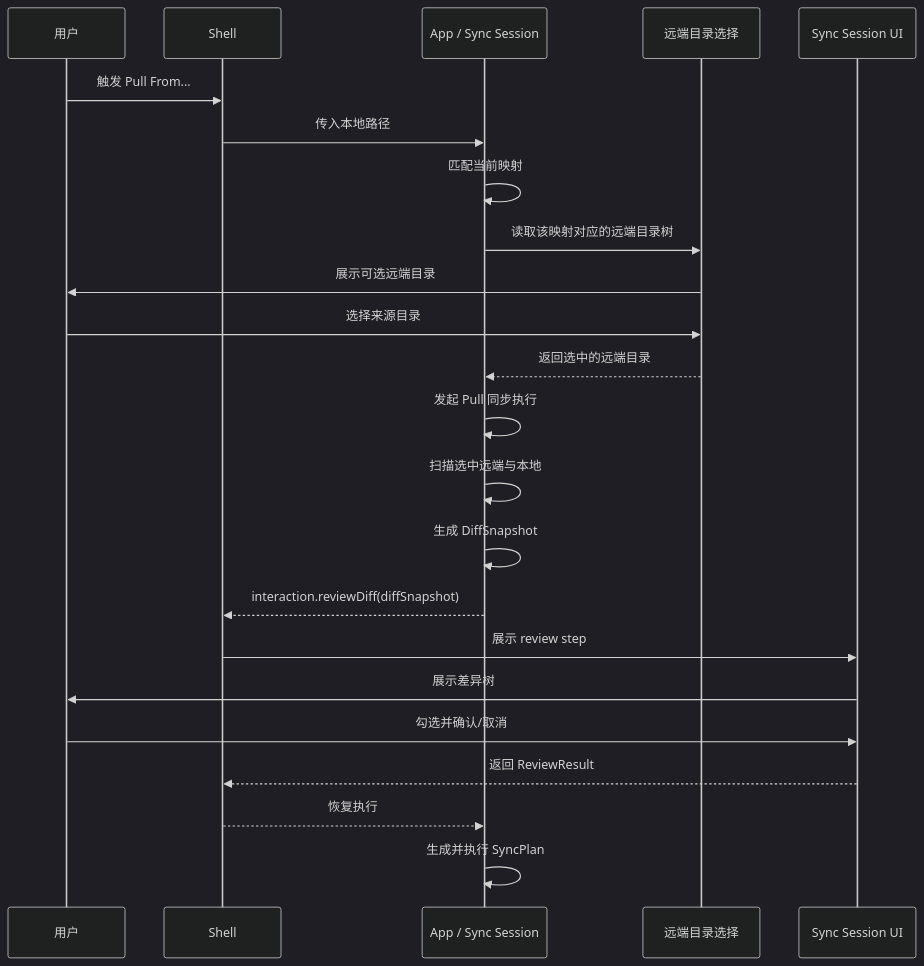
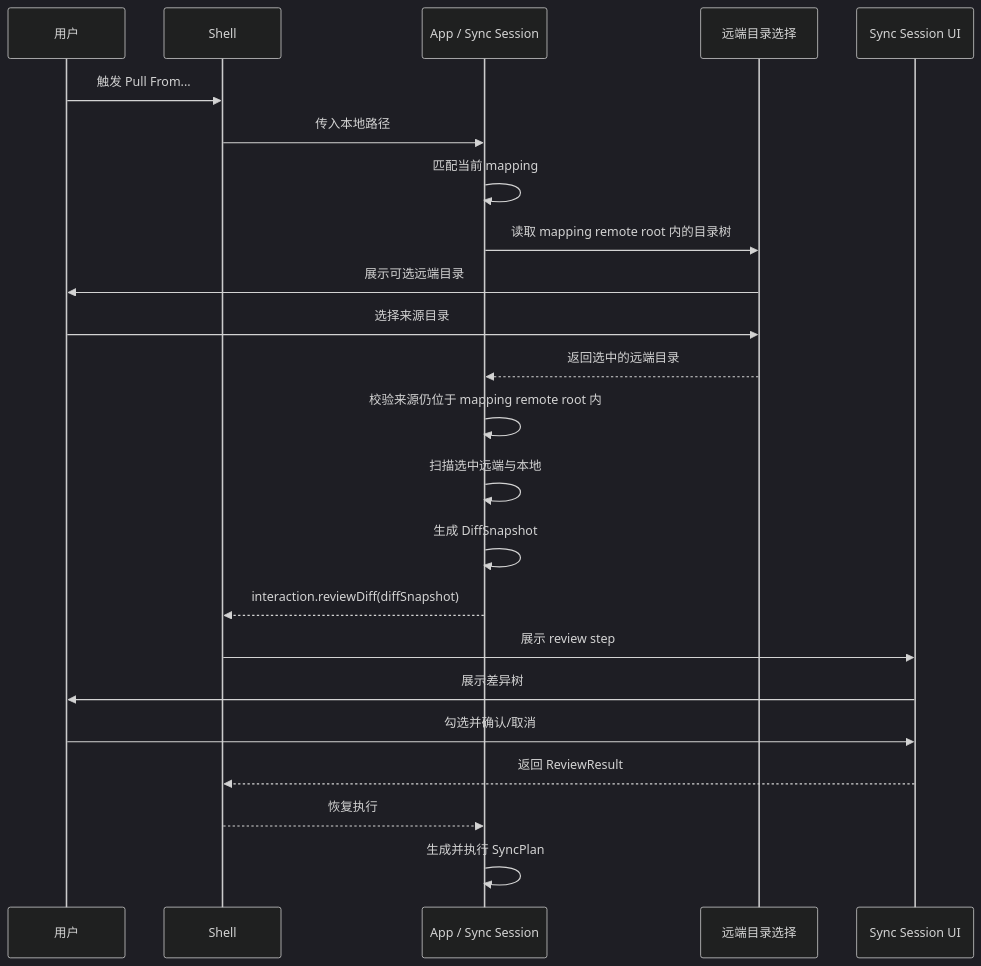
The seventh of 15 diagrams in docs/Flows.md (agalloch21/sync-with-rclone), drawn with Mermaid (dark theme) before and after one commit. The commit also changed other lines of this file and 10 other files, not shown here.

````diff
--- a/docs/Flows.md
+++ b/docs/Flows.md
@@ -177,26 +183,26 @@
 ```mermaid
 sequenceDiagram
   participant U as 用户
   participant S as Shell
   participant A as App / Sync Session
   participant T as 远端目录选择
   participant W as Sync Session UI
 
   U->>S: 触发 Pull From...
   S->>A: 传入本地路径
-  A->>A: 匹配当前映射
-  A->>T: 读取该映射对应的远端目录树
+  A->>A: 匹配当前 mapping
+  A->>T: 读取 mapping remote root 内的目录树
   T->>U: 展示可选远端目录
   U->>T: 选择来源目录
   T-->>A: 返回选中的远端目录
-  A->>A: 发起 Pull 同步执行
+  A->>A: 校验来源仍位于 mapping remote root 内
   A->>A: 扫描选中远端与本地
   A->>A: 生成 DiffSnapshot
   A-->>S: interaction.reviewDiff(diffSnapshot)
   S->>W: 展示 review step
   W->>U: 展示差异树
   U->>W: 勾选并确认/取消
   W-->>S: 返回 ReviewResult
   S-->>A: 恢复执行
   A->>A: 生成并执行 SyncPlan
 ```
````
